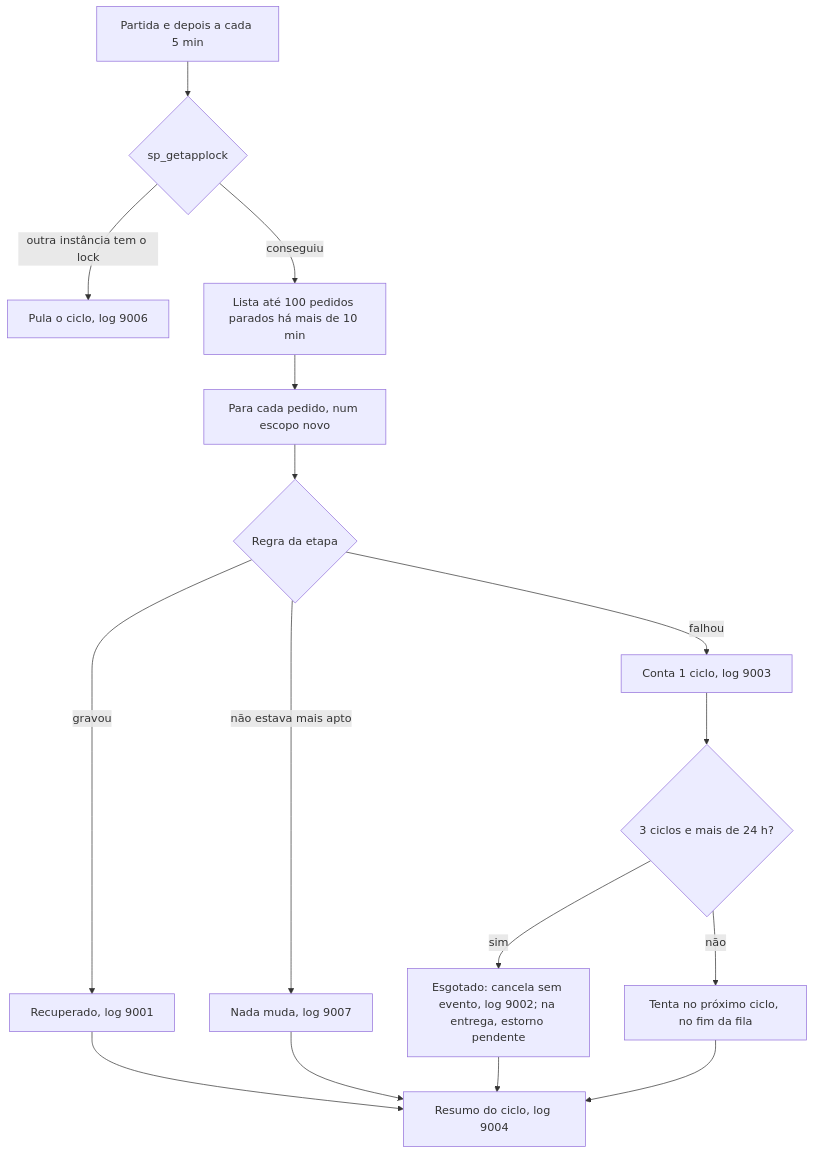
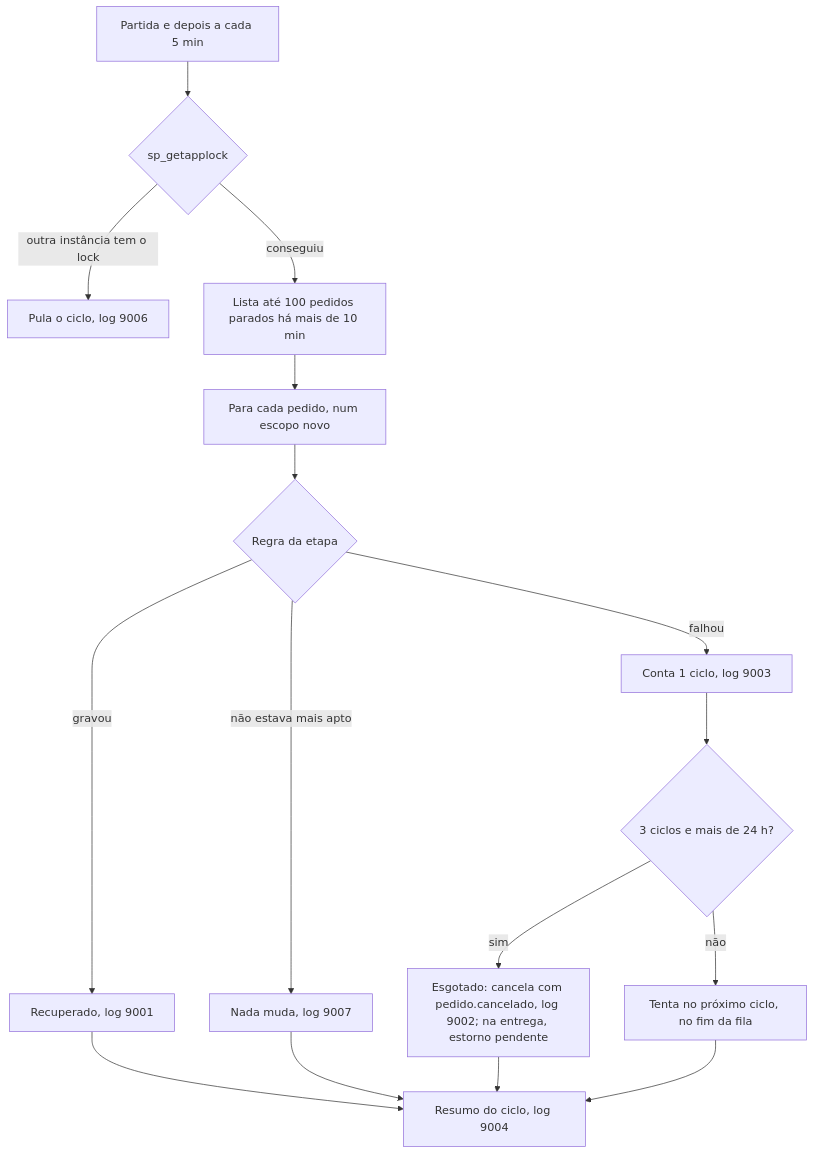
Before and after one commit to LucasFrenhan/Order-Management-System: the diagram in docs/fluxos/09-reconciliacao.md, drawn with Mermaid. The commit also changed other lines of this file and 12 other files, not shown here.

````diff
--- a/docs/fluxos/09-reconciliacao.md
+++ b/docs/fluxos/09-reconciliacao.md
@@ -22,15 +23,15 @@
 ```mermaid
 flowchart TD
     A[Partida e depois a cada 5 min] --> B{sp_getapplock}
     B -- outra instância tem o lock --> Z[Pula o ciclo, log 9006]
     B -- conseguiu --> C[Lista até 100 pedidos parados há mais de 10 min]
     C --> D[Para cada pedido, num escopo novo]
     D --> E{Regra da etapa}
     E -- gravou --> F[Recuperado, log 9001]
     E -- não estava mais apto --> G[Nada muda, log 9007]
     E -- falhou --> H[Conta 1 ciclo, log 9003]
     H --> I{3 ciclos e mais de 24 h?}
-    I -- sim --> J[Esgotado: cancela sem evento, log 9002; na entrega, estorno pendente]
+    I -- sim --> J[Esgotado: cancela com pedido.cancelado, log 9002; na entrega, estorno pendente]
     I -- não --> K[Tenta no próximo ciclo, no fim da fila]
     F & G & J & K --> L[Resumo do ciclo, log 9004]
 ```
````
